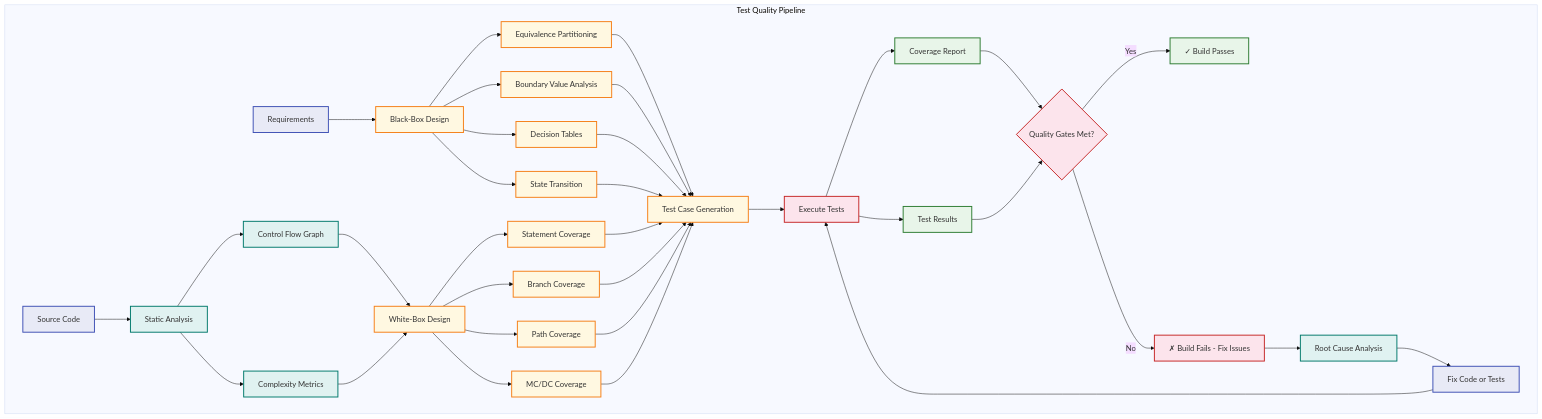
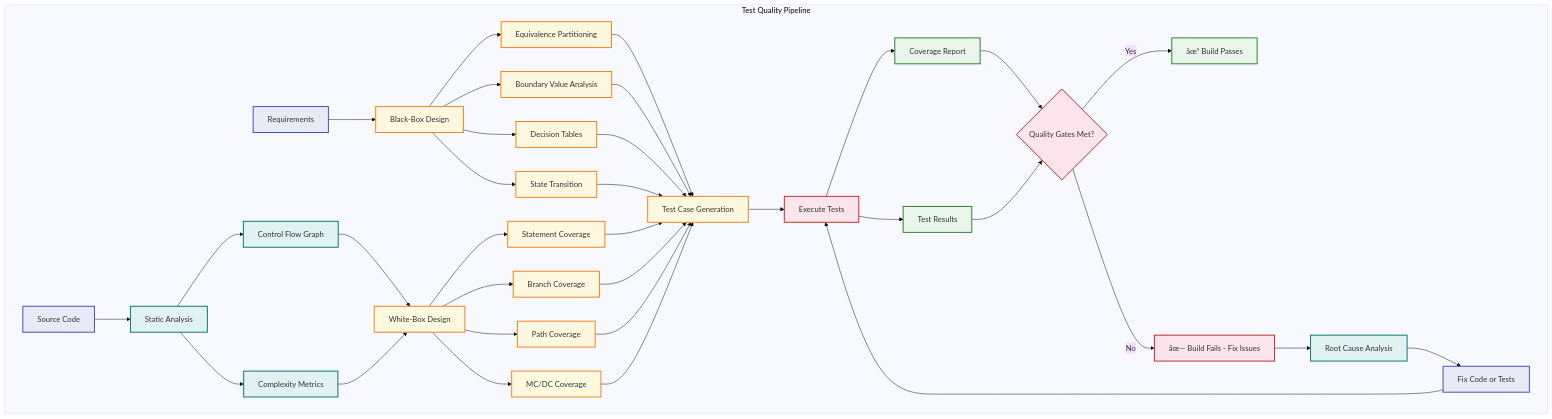
The seventh of 7 diagrams in docs/courses/software-engineering/06-testing.md (Raushan666java/ai-engineering-journey), drawn with Mermaid (base theme) before and after one commit. The commit also changed other lines of this file and 735 other files, not shown here.

````diff
--- a/docs/courses/software-engineering/06-testing.md
+++ b/docs/courses/software-engineering/06-testing.md
@@ -993,48 +993,48 @@
 ```mermaid
 graph TD
     classDef source fill:#e8eaf6,stroke:#3f51b5,stroke-width:2px
     classDef analysis fill:#e0f2f1,stroke:#00796b,stroke-width:2px
     classDef design fill:#fff8e1,stroke:#f57f17,stroke-width:2px
     classDef exec fill:#fce4ec,stroke:#c62828,stroke-width:2px
     classDef result fill:#e8f5e9,stroke:#2e7d32,stroke-width:2px
 
     subgraph "Test Quality Pipeline"
         CODE[Source Code]:::source --> STATIC[Static Analysis]:::analysis
         STATIC --> METRICS2[Complexity Metrics]:::analysis
         STATIC --> STRUCTURE[Control Flow Graph]:::analysis
         
         SPEC[Requirements]:::source --> BLACK[Black-Box Design]:::design
         BLACK --> EP[Equivalence Partitioning]:::design
         BLACK --> BVA[Boundary Value Analysis]:::design
         BLACK --> DT[Decision Tables]:::design
         BLACK --> ST[State Transition]:::design
         
         STRUCTURE --> WHITE[White-Box Design]:::design
         METRICS2 --> WHITE
         WHITE --> SC[Statement Coverage]:::design
         WHITE --> BC[Branch Coverage]:::design
         WHITE --> PC[Path Coverage]:::design
         WHITE --> MCDC[MC/DC Coverage]:::design
         
         EP --> TESTGEN[Test Case Generation]:::design
         BVA --> TESTGEN
         DT --> TESTGEN
         ST --> TESTGEN
         SC --> TESTGEN
         BC --> TESTGEN
         PC --> TESTGEN
         MCDC --> TESTGEN
         
         TESTGEN --> EXEC[Execute Tests]:::exec
         EXEC --> REPORT2[Coverage Report]:::result
         EXEC --> RESULTS[Test Results]:::result
         REPORT2 --> GATES{Quality Gates Met?}:::exec
         RESULTS --> GATES
-        GATES -->|Yes| PASS[✓ Build Passes]:::result
-        GATES -->|No| FAIL[✗ Build Fails - Fix Issues]:::exec
+        GATES -->|Yes| PASS[âœ“ Build Passes]:::result
+        GATES -->|No| FAIL[âœ— Build Fails - Fix Issues]:::exec
         
         FAIL --> ROOT[Root Cause Analysis]:::analysis
         ROOT --> FIX[Fix Code or Tests]:::source
         FIX --> EXEC
     end
 ```
````
